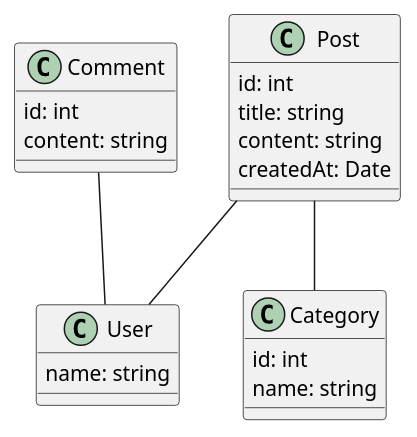
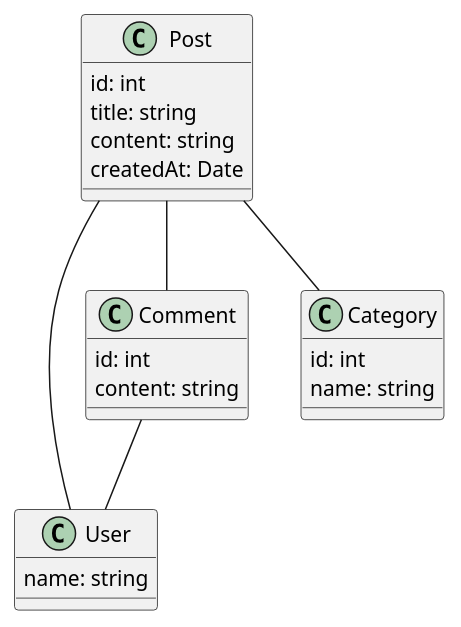
The diagram in objects.adoc (C0RR1T/pepser), drawn with PlantUML before and after one commit.

Commit message:
posts can have comments and I can have a java spring backend

```diff
--- a/objects.adoc
+++ b/objects.adoc
@@ -3,33 +3,35 @@
 [plantuml]
 ----
 @startuml
 
 class Post {
     id: int
     title: string
     content: string
     createdAt: Date
 }
 
 class User {
     name: string
 }
 
 class Comment {
     id: int
     content: string
 }
 
 class Category {
     id: int
     name: string
 }
 
 Comment -- User
 
 Post -- User
 
 Post -- Category
 
+Post --  Comment
+
 @enduml
 ----
```
